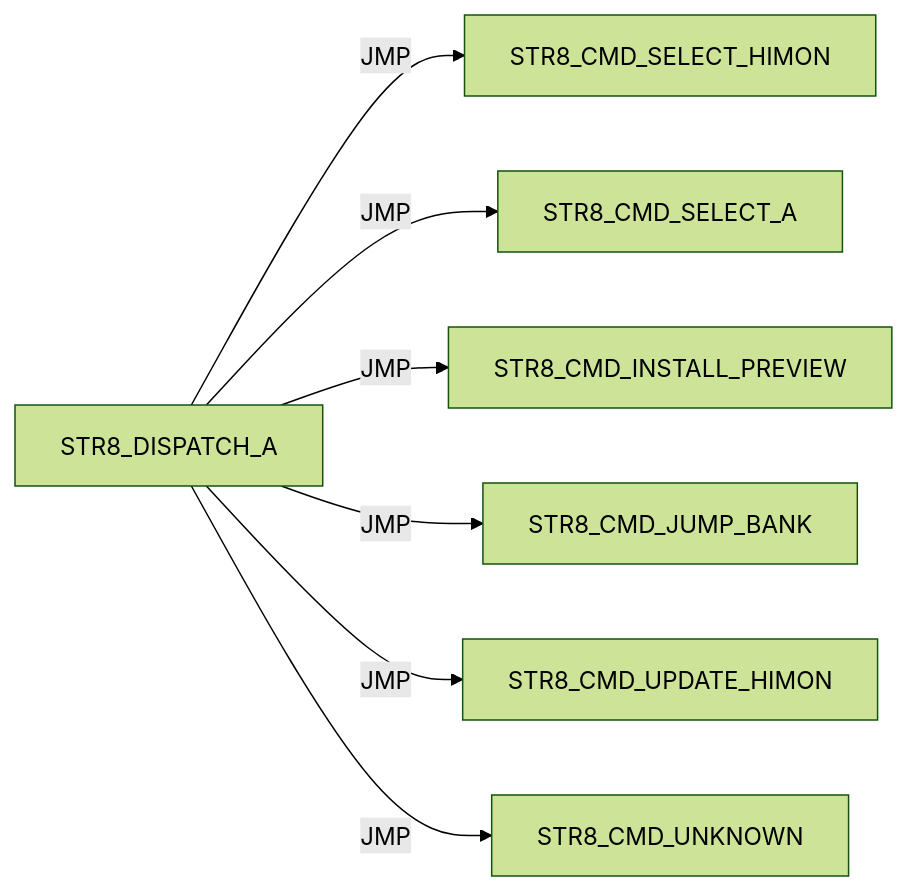
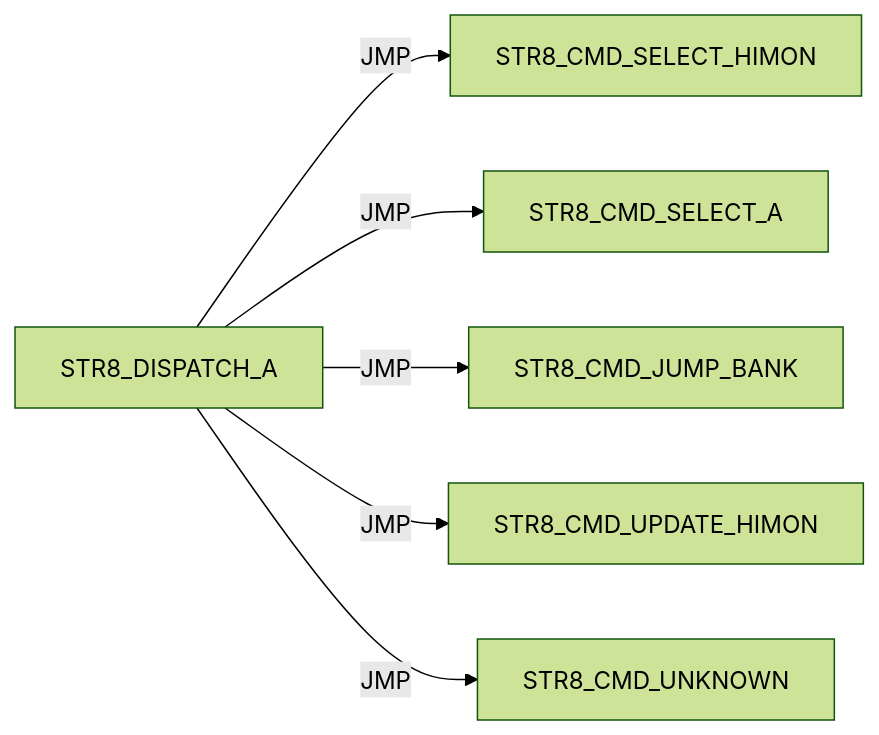
One commit to 95westus/R-YORS changed diagram 12 of 41 in DOC/GUIDES/STR8/STR8_EDGE_DUMP.md. Above: the diagram before and after it, drawn with Mermaid (forest theme). The commit also changed other lines of this file and 17 other files, not shown here.

````diff
--- a/DOC/GUIDES/STR8/STR8_EDGE_DUMP.md
+++ b/DOC/GUIDES/STR8/STR8_EDGE_DUMP.md
@@ -168,9 +164,8 @@
 ```mermaid
 flowchart LR
     N0["STR8_DISPATCH_A"] -->|JMP| N1["STR8_CMD_SELECT_HIMON"]
     N0["STR8_DISPATCH_A"] -->|JMP| N2["STR8_CMD_SELECT_A"]
-    N0["STR8_DISPATCH_A"] -->|JMP| N3["STR8_CMD_INSTALL_PREVIEW"]
-    N0["STR8_DISPATCH_A"] -->|JMP| N4["STR8_CMD_JUMP_BANK"]
-    N0["STR8_DISPATCH_A"] -->|JMP| N5["STR8_CMD_UPDATE_HIMON"]
-    N0["STR8_DISPATCH_A"] -->|JMP| N6["STR8_CMD_UNKNOWN"]
+    N0["STR8_DISPATCH_A"] -->|JMP| N3["STR8_CMD_JUMP_BANK"]
+    N0["STR8_DISPATCH_A"] -->|JMP| N4["STR8_CMD_UPDATE_HIMON"]
+    N0["STR8_DISPATCH_A"] -->|JMP| N5["STR8_CMD_UNKNOWN"]
 ```
````
